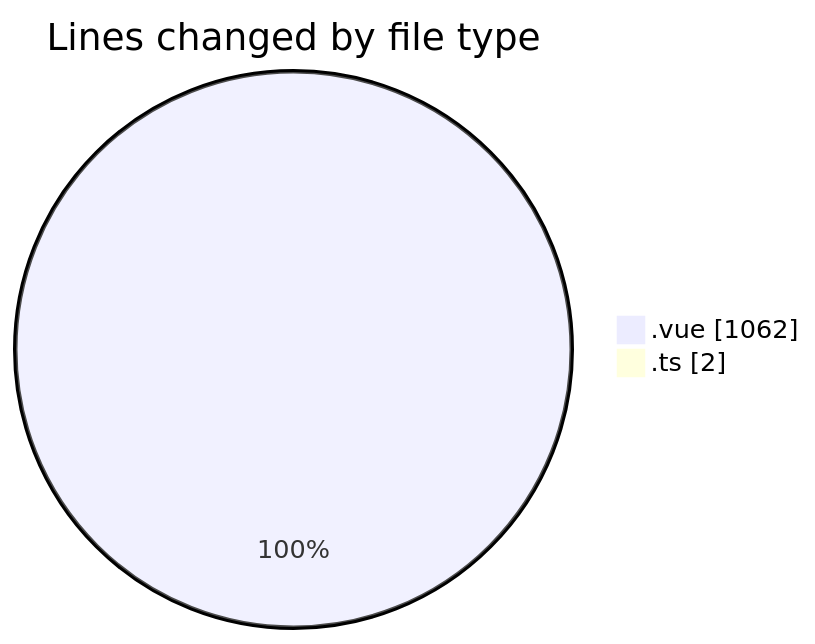
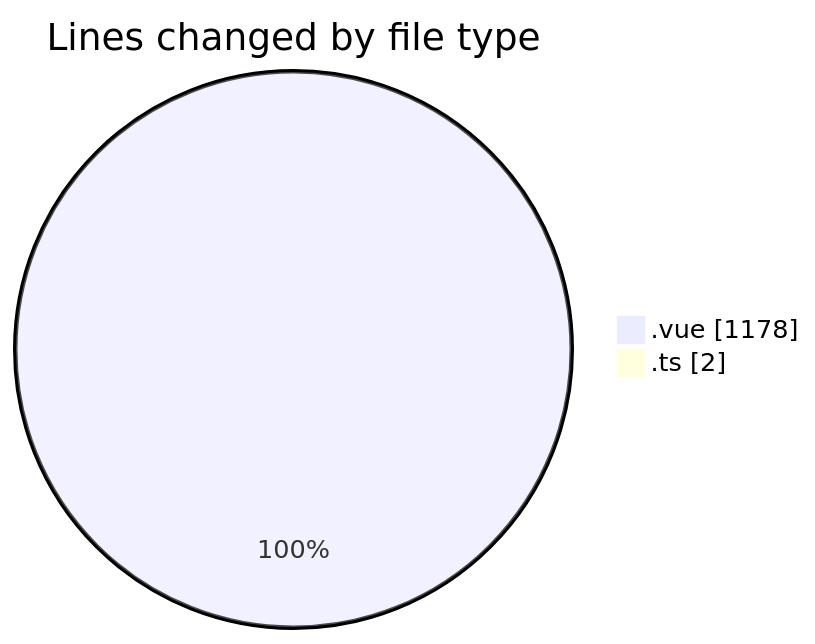
Before and after one commit to robertbonfada/code-tracking: the first of 2 diagrams in 2025-03-17/lumine-web/README.md, drawn with Mermaid. The commit also changed other lines of this file and 1 other file, not shown here.

````diff
--- a/2025-03-17/lumine-web/README.md
+++ b/2025-03-17/lumine-web/README.md
@@ -25,6 +26,6 @@
 ```mermaid
 pie showData
 title Lines changed by file type
-".vue" : 1062
+".vue" : 1178
 ".ts" : 2
 ```
````
